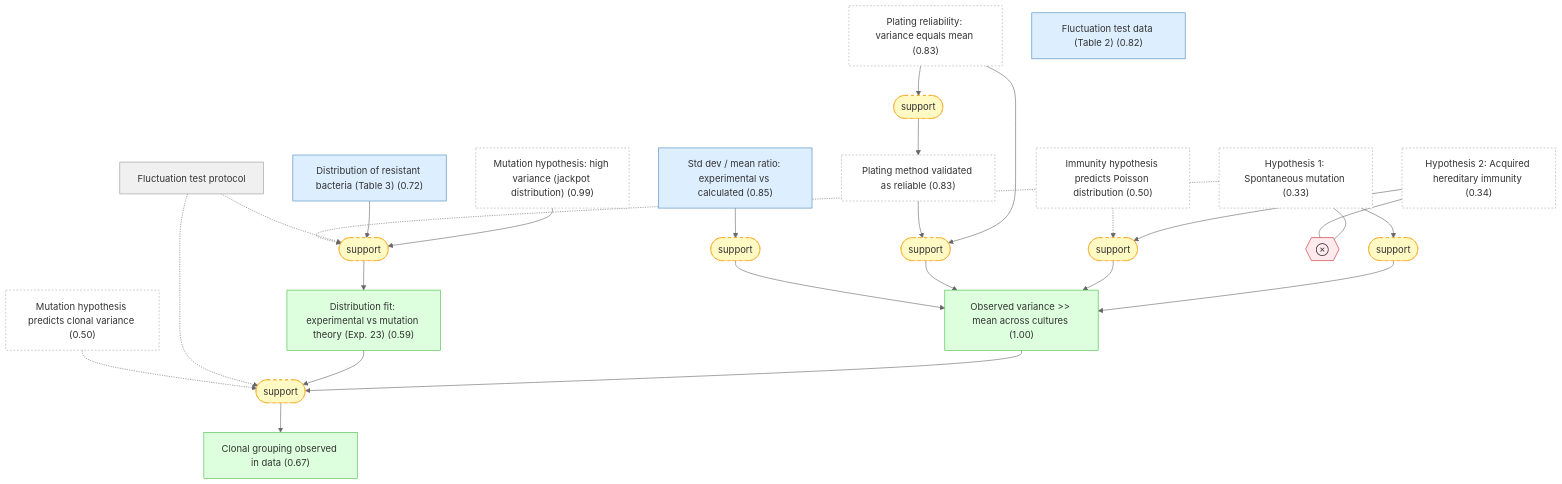
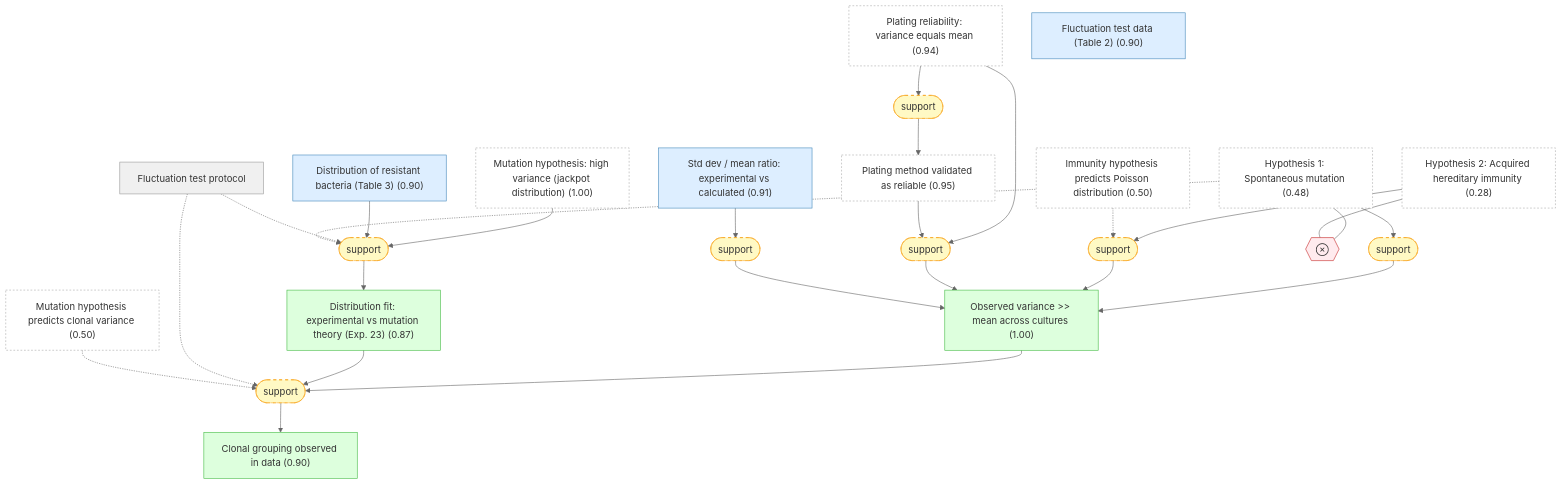
The fourth of 6 diagrams in docs/detailed-reasoning.md (kunyuan/luria-delbruck-fluctuation-gaia), drawn with Mermaid (neutral theme) before and after one commit. The commit also changed other lines of this file and 1 other file, not shown here.

````diff
--- a/docs/detailed-reasoning.md
+++ b/docs/detailed-reasoning.md
@@ -255,59 +255,59 @@
 ```mermaid
 graph TD
-    hypothesis_mutation["Hypothesis 1: Spontaneous mutation (0.33)"]:::external
-    hypothesis_acquired_immunity["Hypothesis 2: Acquired hereditary immunity (0.34)"]:::external
+    hypothesis_mutation["Hypothesis 1: Spontaneous mutation (0.48)"]:::external
+    hypothesis_acquired_immunity["Hypothesis 2: Acquired hereditary immunity (0.28)"]:::external
     mutation_predicts_clonal_grouping["Mutation hypothesis predicts clonal variance (0.50)"]:::external
     immunity_predicts_poisson["Immunity hypothesis predicts Poisson distribution (0.50)"]:::external
-    mutation_high_variance["Mutation hypothesis: high variance (jackpot distribution) (0.99)"]:::external
-    plating_variance_equals_mean["Plating reliability: variance equals mean (0.83)"]:::external
-    plating_method_reliable["Plating method validated as reliable (0.83)"]:::external
+    mutation_high_variance["Mutation hypothesis: high variance (jackpot distribution) (1.00)"]:::external
+    plating_variance_equals_mean["Plating reliability: variance equals mean (0.94)"]:::external
+    plating_method_reliable["Plating method validated as reliable (0.95)"]:::external
     fluctuation_protocol["Fluctuation test protocol"]:::setting
-    fluctuation_data_table2["Fluctuation test data (Table 2) (0.82)"]:::premise
-    fluctuation_data_table3["Distribution of resistant bacteria (Table 3) (0.72)"]:::premise
+    fluctuation_data_table2["Fluctuation test data (Table 2) (0.90)"]:::premise
+    fluctuation_data_table3["Distribution of resistant bacteria (Table 3) (0.90)"]:::premise
     observed_variance_much_greater_than_mean["Observed variance >> mean across cultures (1.00)"]:::derived
-    experimental_std_dev_ratio["Std dev / mean ratio: experimental vs calculated (0.85)"]:::premise
-    distribution_fit_exp23["Distribution fit: experimental vs mutation theory (Exp. 23) (0.59)"]:::derived
-    clonal_grouping_observed["Clonal grouping observed in data (0.67)"]:::derived
+    experimental_std_dev_ratio["Std dev / mean ratio: experimental vs calculated (0.91)"]:::premise
+    distribution_fit_exp23["Distribution fit: experimental vs mutation theory (Exp. 23) (0.87)"]:::derived
+    clonal_grouping_observed["Clonal grouping observed in data (0.90)"]:::derived
     strat_0(["support"]):::weak
     plating_variance_equals_mean --> strat_0
     strat_0 --> plating_method_reliable
     strat_1(["support"]):::weak
     hypothesis_mutation --> strat_1
     strat_1 --> observed_variance_much_greater_than_mean
     strat_2(["support"]):::weak
     hypothesis_acquired_immunity --> strat_2
     immunity_predicts_poisson -.-> strat_2
     strat_2 --> observed_variance_much_greater_than_mean
     strat_5(["support"]):::weak
     plating_variance_equals_mean --> strat_5
     plating_method_reliable --> strat_5
     strat_5 --> observed_variance_much_greater_than_mean
     strat_6(["support"]):::weak
     mutation_high_variance --> strat_6
     fluctuation_data_table3 --> strat_6
     fluctuation_protocol -.-> strat_6
     hypothesis_mutation -.-> strat_6
     strat_6 --> distribution_fit_exp23
     strat_7(["support"]):::weak
     observed_variance_much_greater_than_mean --> strat_7
     distribution_fit_exp23 --> strat_7
     fluctuation_protocol -.-> strat_7
     mutation_predicts_clonal_grouping -.-> strat_7
     strat_7 --> clonal_grouping_observed
     strat_8(["support"]):::weak
     experimental_std_dev_ratio --> strat_8
     strat_8 --> observed_variance_much_greater_than_mean
     oper_0{{"⊗"}}:::contra
     hypothesis_mutation --- oper_0
     hypothesis_acquired_immunity --- oper_0
 
     classDef setting fill:#f0f0f0,stroke:#999,color:#333
     classDef premise fill:#ddeeff,stroke:#4488bb,color:#333
     classDef derived fill:#ddffdd,stroke:#44bb44,color:#333
     classDef question fill:#fff3dd,stroke:#cc9944,color:#333
     classDef background fill:#f5f5f5,stroke:#bbb,stroke-dasharray: 5 5,color:#333
     classDef orphan fill:#fff,stroke:#ccc,stroke-dasharray: 5 5,color:#333
     classDef external fill:#fff,stroke:#aaa,stroke-dasharray: 3 3,color:#333
     classDef weak fill:#fff9c4,stroke:#f9a825,stroke-dasharray: 5 5,color:#333
     classDef contra fill:#ffebee,stroke:#c62828,color:#333
 ```
````
